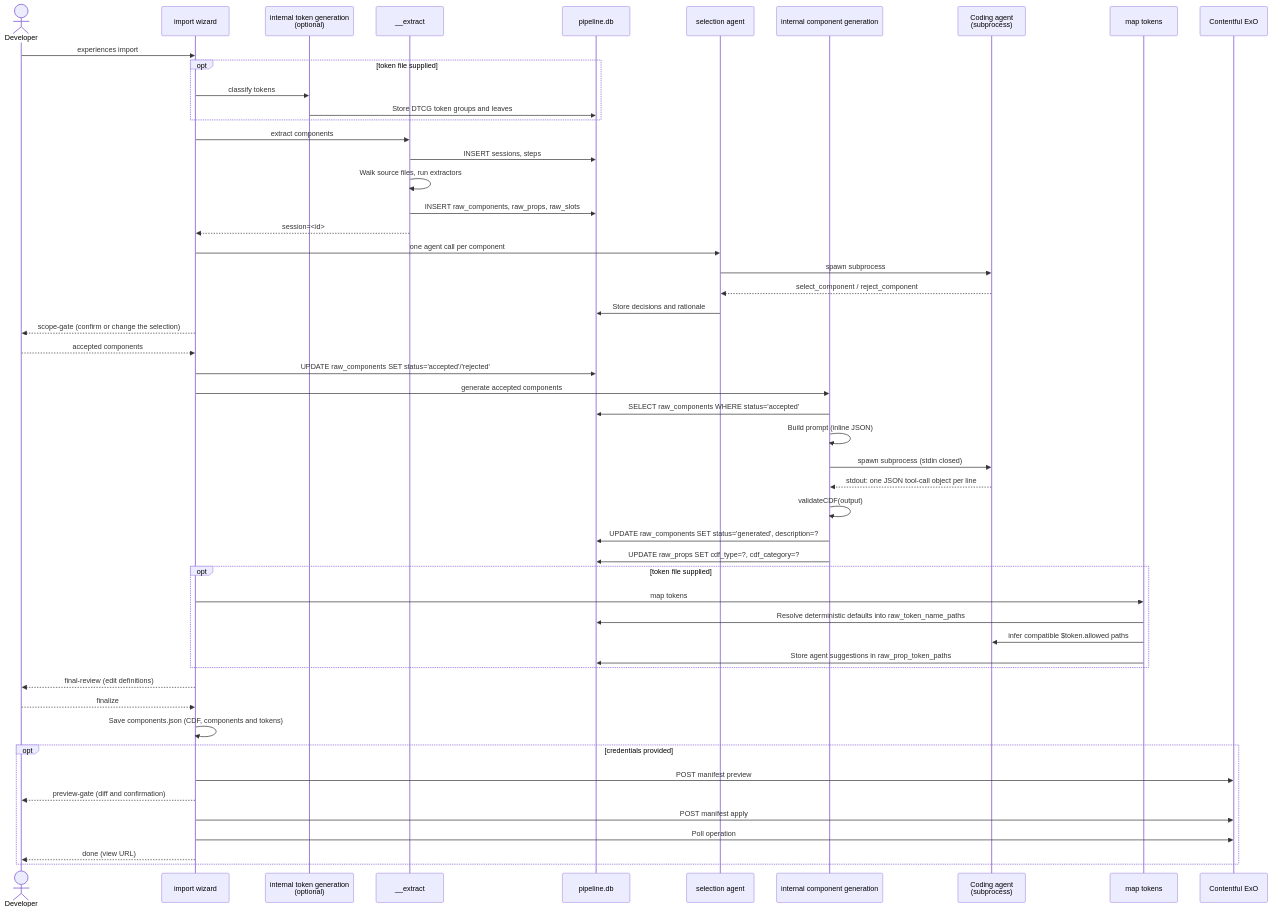
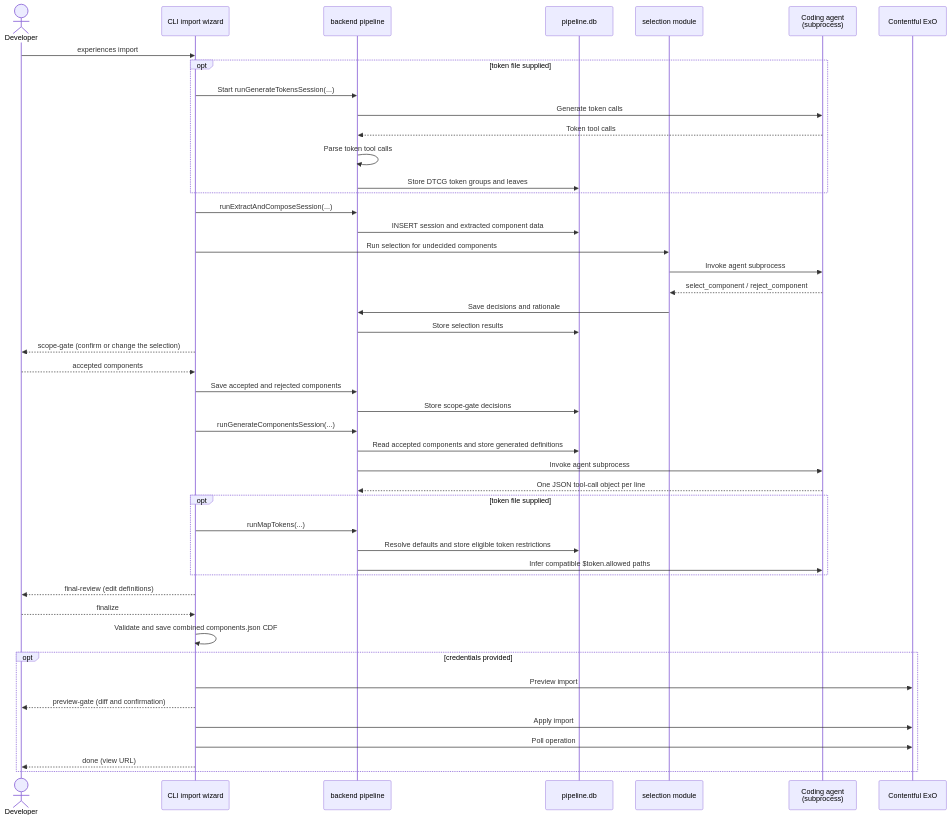
One commit to contentful/experience-design-system-sdk-public changed the second of 2 diagrams in ARCHITECTURE.md. Above: the diagram before and after it, drawn with Mermaid. The commit also changed other lines of this file and 7 other files, not shown here.

Commit message:
fix(generation): align validation guidance with import flow

````diff
--- a/ARCHITECTURE.md
+++ b/ARCHITECTURE.md
@@ -304,62 +283,56 @@
 ```mermaid
 sequenceDiagram
     actor Dev as Developer
-    participant W as import wizard
-    participant GT as internal token generation<br/>(optional)
-    participant AE as __extract
+    participant CLI as CLI import wizard
+    participant BP as backend pipeline
     participant DB as pipeline.db
-    participant Sel as selection agent
-    participant GC as internal component generation
+    participant Sel as selection module
     participant Agent as Coding agent<br/>(subprocess)
-    participant MT as map tokens
     participant CMS as Contentful ExO
 
-    Dev->>W: experiences import
+    Dev->>CLI: experiences import
     opt token file supplied
-        W->>GT: classify tokens
-        GT->>DB: Store DTCG token groups and leaves
+        CLI->>BP: Start runGenerateTokensSession(...)
+        BP->>Agent: Generate token calls
+        Agent-->>BP: Token tool calls
+        BP->>BP: Parse token tool calls
+        BP->>DB: Store DTCG token groups and leaves
     end
 
-    W->>AE: extract components
-    AE->>DB: INSERT sessions, steps
-    AE->>AE: Walk source files, run extractors
-    AE->>DB: INSERT raw_components, raw_props, raw_slots
-    AE-->>W: session=<id>
+    CLI->>BP: runExtractAndComposeSession(...)
+    BP->>DB: INSERT session and extracted component data
 
-    W->>Sel: one agent call per component
-    Sel->>Agent: spawn subprocess
+    CLI->>Sel: Run selection for undecided components
+    Sel->>Agent: Invoke agent subprocess
     Agent-->>Sel: select_component / reject_component
-    Sel->>DB: Store decisions and rationale
+    Sel->>BP: Save decisions and rationale
+    BP->>DB: Store selection results
 
-    W-->>Dev: scope-gate (confirm or change the selection)
-    Dev-->>W: accepted components
-    W->>DB: UPDATE raw_components SET status='accepted'/'rejected'
+    CLI-->>Dev: scope-gate (confirm or change the selection)
+    Dev-->>CLI: accepted components
+    CLI->>BP: Save accepted and rejected components
+    BP->>DB: Store scope-gate decisions
 
-    W->>GC: generate accepted components
-    GC->>DB: SELECT raw_components WHERE status='accepted'
-    GC->>GC: Build prompt (inline JSON)
-    GC->>Agent: spawn subprocess (stdin closed)
-    Agent-->>GC: stdout: one JSON tool-call object per line
-    GC->>GC: validateCDF(output)
-    GC->>DB: UPDATE raw_components SET status='generated', description=?
-    GC->>DB: UPDATE raw_props SET cdf_type=?, cdf_category=?
+    CLI->>BP: runGenerateComponentsSession(...)
+    BP->>DB: Read accepted components and store generated definitions
+    BP->>Agent: Invoke agent subprocess
+    Agent-->>BP: One JSON tool-call object per line
 
     opt token file supplied
-        W->>MT: map tokens
-        MT->>DB: Resolve deterministic defaults into raw_token_name_paths
-        MT->>Agent: infer compatible $token.allowed paths
-        MT->>DB: Store agent suggestions in raw_prop_token_paths
+        CLI->>BP: runMapTokens(...)
+        BP->>DB: Resolve defaults and store eligible token restrictions
+        BP->>Agent: Infer compatible $token.allowed paths
     end
 
-    W-->>Dev: final-review (edit definitions)
-    Dev-->>W: finalize
-    W->>W: Save components.json (CDF, components and tokens)
+    CLI-->>Dev: final-review (edit definitions)
+    Dev-->>CLI: finalize
+    CLI->>CLI: Validate and save combined components.json CDF
 
     opt credentials provided
-        W->>CMS: POST manifest preview
-        W-->>Dev: preview-gate (diff and confirmation)
-        W->>CMS: POST manifest apply
-        W->>CMS: Poll operation
-        W-->>Dev: done (view URL)
+        CLI->>CMS: Preview import
+        CLI-->>Dev: preview-gate (diff and confirmation)
+        CLI->>CMS: Apply import
+        CLI->>CMS: Poll operation
+        CLI-->>Dev: done (view URL)
     end
 ```
````
